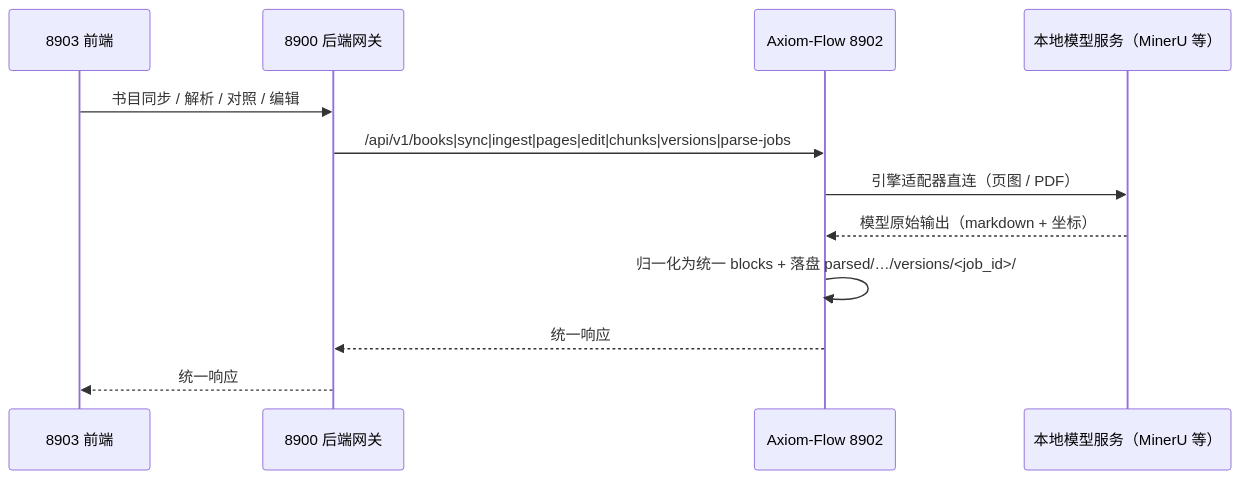
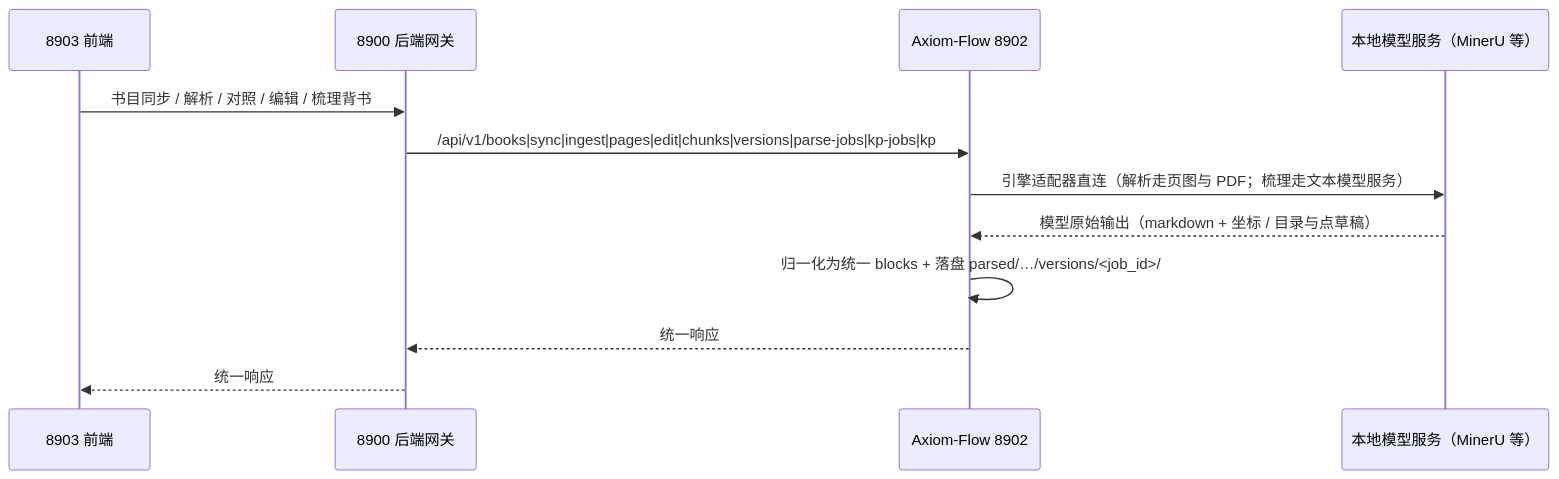
Before and after one commit to swfswf1234/Axiom-Flow: the diagram in docs/architecture/api.md, drawn with Mermaid. The commit also changed other lines of this file and 40 other files, not shown here.

````diff
--- a/docs/architecture/api.md
+++ b/docs/architecture/api.md
@@ -65,14 +65,14 @@
 ```mermaid
 sequenceDiagram
     participant FE as 8903 前端
     participant GW as 8900 后端网关
     participant AX as Axiom-Flow 8902
     participant MD as 本地模型服务（MinerU 等）
-    FE->>GW: 书目同步 / 解析 / 对照 / 编辑
-    GW->>AX: /api/v1/books|sync|ingest|pages|edit|chunks|versions|parse-jobs
-    AX->>MD: 引擎适配器直连（页图 / PDF）
-    MD-->>AX: 模型原始输出（markdown + 坐标）
+    FE->>GW: 书目同步 / 解析 / 对照 / 编辑 / 梳理背书
+    GW->>AX: /api/v1/books|sync|ingest|pages|edit|chunks|versions|parse-jobs|kp-jobs|kp
+    AX->>MD: 引擎适配器直连（解析走页图与 PDF；梳理走文本模型服务）
+    MD-->>AX: 模型原始输出（markdown + 坐标 / 目录与点草稿）
     AX->>AX: 归一化为统一 blocks + 落盘 parsed/…/versions/<job_id>/
     AX-->>GW: 统一响应
     GW-->>FE: 统一响应
 ```
````
